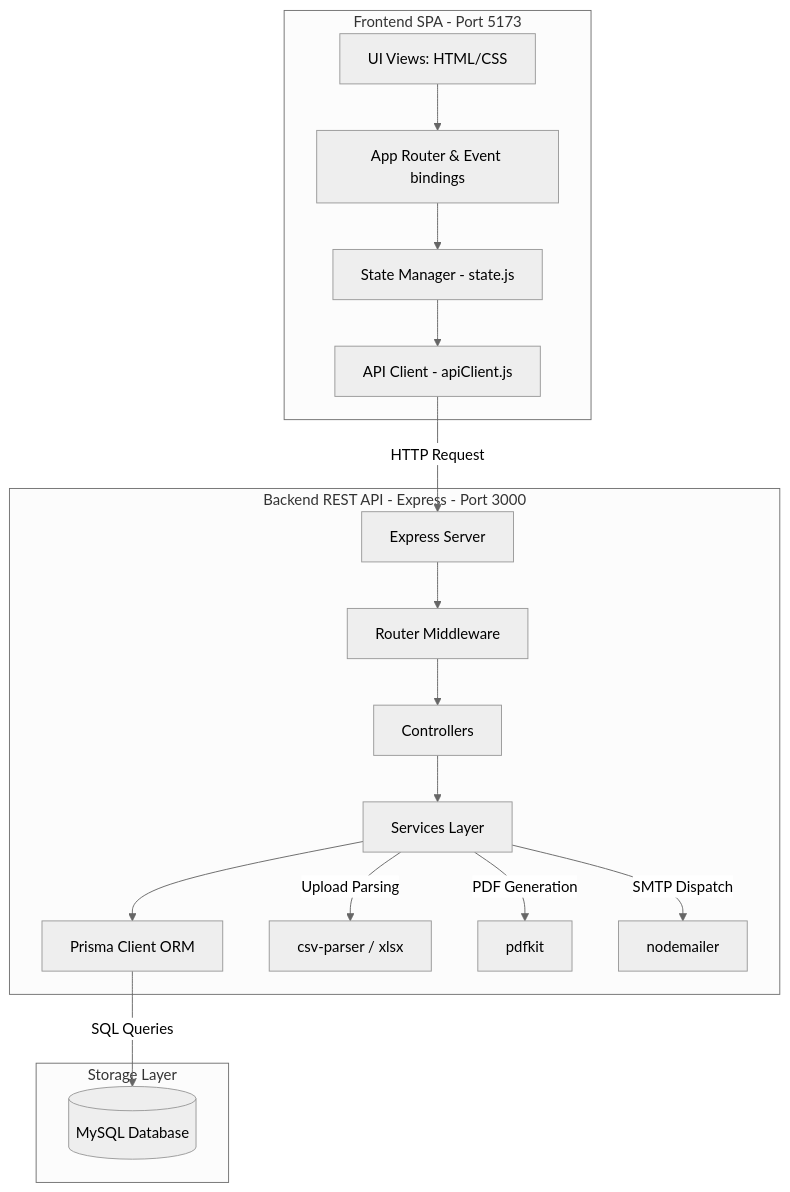
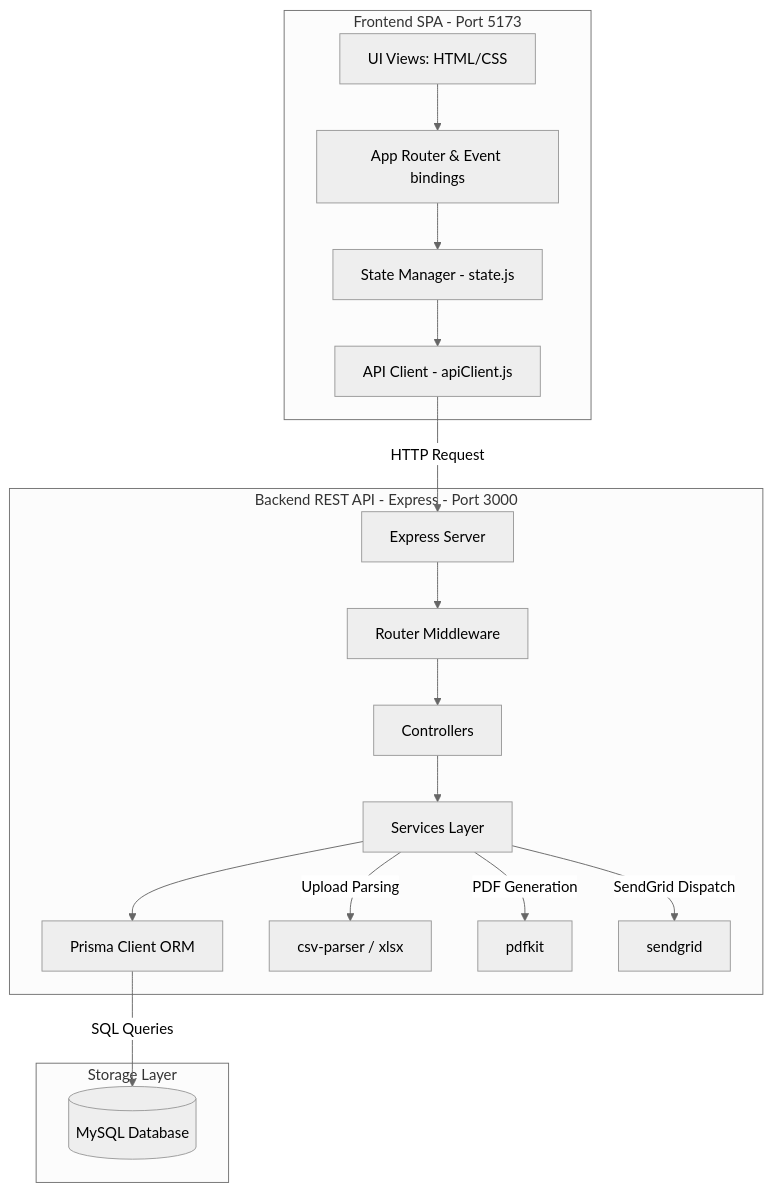
The diagram in README.md (ka-rthik-l/Payo---Payroll-Automation-System-), drawn with Mermaid (neutral theme) before and after one commit. The commit also changed other lines of this file and 13 other files, not shown here.

Commit message:
Migrate email delivery to SendGrid and improve mobile responsiveness

````diff
--- a/README.md
+++ b/README.md
@@ -68,24 +68,24 @@
 ```mermaid
 graph TD
     subgraph Client [Frontend SPA - Port 5173]
         A[UI Views: HTML/CSS] --> B[App Router & Event bindings]
         B --> C[State Manager - state.js]
         C --> D[API Client - apiClient.js]
     end
 
     subgraph Server [Backend REST API - Express - Port 3000]
         D -->|HTTP Request| E[Express Server]
         E --> F[Router Middleware]
         F --> G[Controllers]
         G --> H[Services Layer]
         H --> I[Prisma Client ORM]
         
         H -->|Upload Parsing| J[csv-parser / xlsx]
         H -->|PDF Generation| K[pdfkit]
-        H -->|SMTP Dispatch| L[nodemailer]
+        H -->|SendGrid Dispatch| L[sendgrid]
     end
 
     subgraph Database [Storage Layer]
         I -->|SQL Queries| M[(MySQL Database)]
     end
 ```
````
